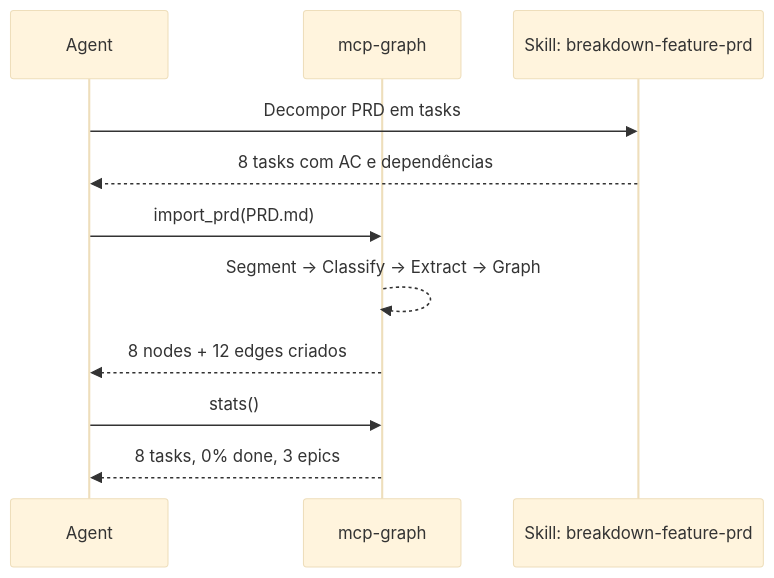
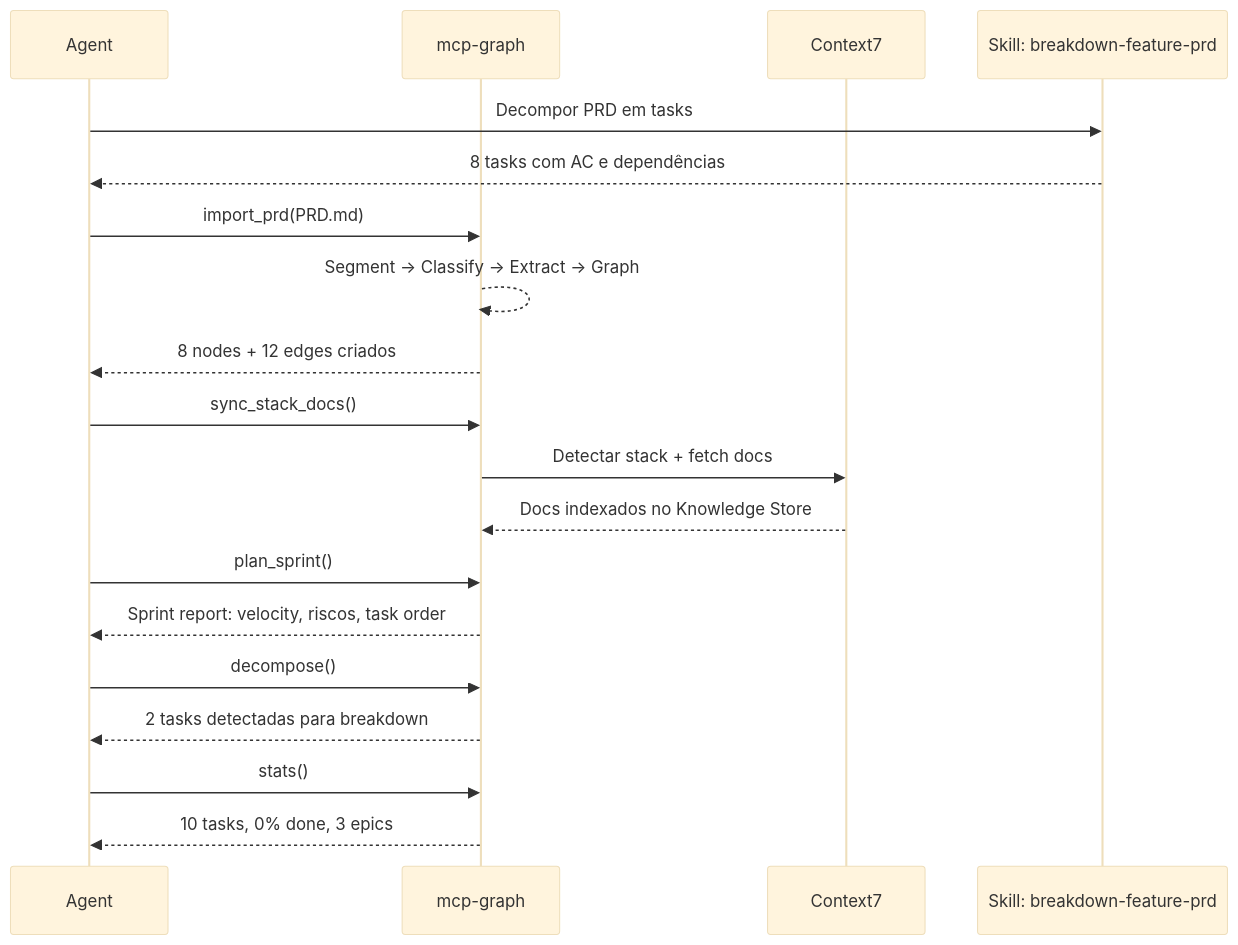
Before and after one commit to sraphaz/mcp-graph-workflow: the seventh of 19 diagrams in docs/LIFECYCLE.md, drawn with Mermaid (base theme). The commit also changed other lines of this file, not shown here.

Commit message:
chore: update architecture and knowledge pipeline details in LIFECYCLE.md

````diff
--- a/docs/LIFECYCLE.md
+++ b/docs/LIFECYCLE.md
@@ -166,14 +244,22 @@
 ```mermaid
 sequenceDiagram
     participant A as Agent
     participant MCP as mcp-graph
+    participant C7 as Context7
     participant Skill as Skill: breakdown-feature-prd
 
     A->>Skill: Decompor PRD em tasks
     Skill-->>A: 8 tasks com AC e dependências
     A->>MCP: import_prd(PRD.md)
     MCP-->>MCP: Segment → Classify → Extract → Graph
     MCP-->>A: 8 nodes + 12 edges criados
+    A->>MCP: sync_stack_docs()
+    MCP->>C7: Detectar stack + fetch docs
+    C7-->>MCP: Docs indexados no Knowledge Store
+    A->>MCP: plan_sprint()
+    MCP-->>A: Sprint report: velocity, riscos, task order
+    A->>MCP: decompose()
+    MCP-->>A: 2 tasks detectadas para breakdown
     A->>MCP: stats()
-    MCP-->>A: 8 tasks, 0% done, 3 epics
+    MCP-->>A: 10 tasks, 0% done, 3 epics
 ```
````
